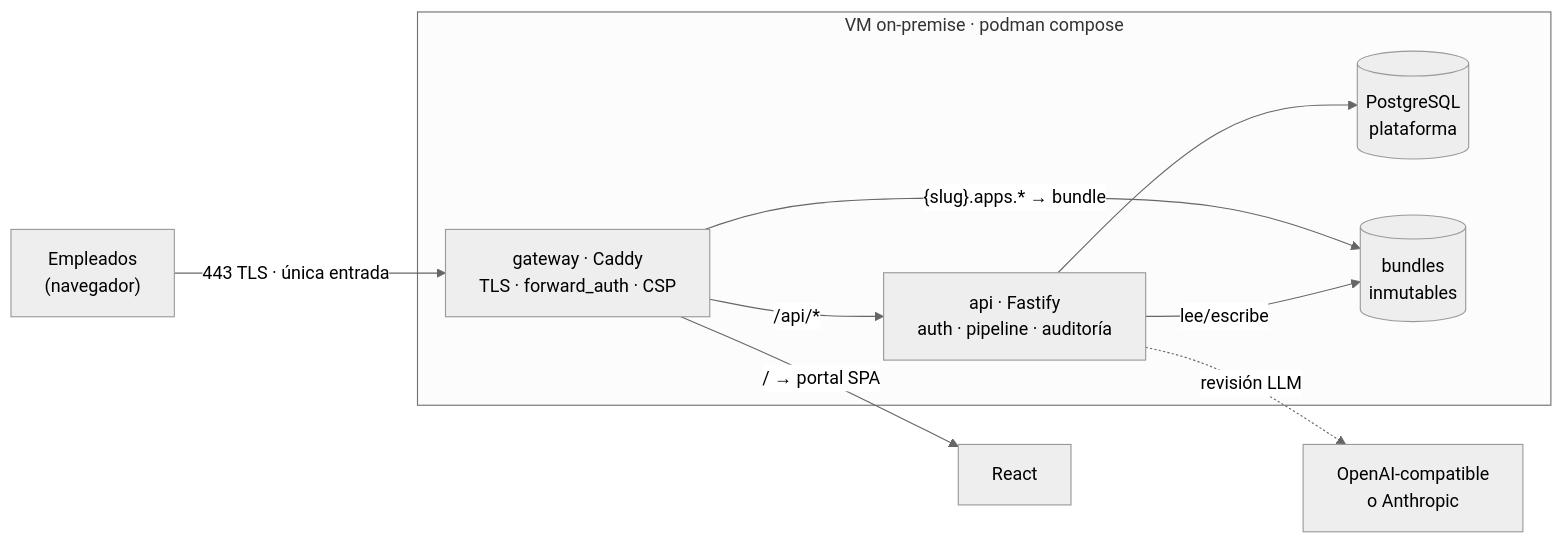
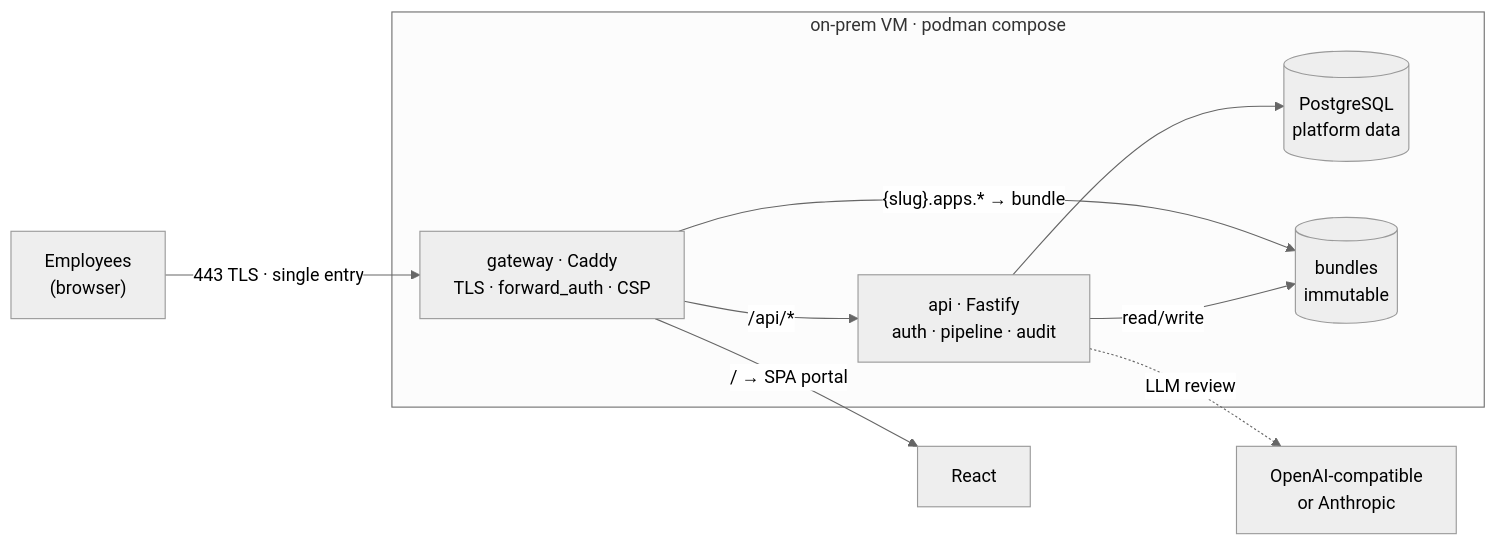
Before and after one commit to danoco78/vibecrafthub: the diagram in README.md, drawn with Mermaid (neutral theme). The commit also changed other lines of this file and 1 other file, not shown here.

````diff
--- a/README.md
+++ b/README.md
@@ -31,18 +32,18 @@
 ```mermaid
 flowchart LR
-    U["Empleados<br/>(navegador)"] -- "443 TLS · única entrada" --> GW
+    U["Employees<br/>(browser)"] -- "443 TLS · single entry" --> GW
 
-    subgraph VM["VM on-premise · podman compose"]
+    subgraph VM["on-prem VM · podman compose"]
         GW["gateway · Caddy<br/>TLS · forward_auth · CSP"]
-        API["api · Fastify<br/>auth · pipeline · auditoría"]
-        PG[("PostgreSQL<br/>plataforma")]
-        V1[("bundles<br/>inmutables")]
+        API["api · Fastify<br/>auth · pipeline · audit"]
+        PG[("PostgreSQL<br/>platform data")]
+        V1[("bundles<br/>immutable")]
     end
 
-    GW -- "/ → portal SPA" --> PT["React"]
+    GW -- "/ → SPA portal" --> PT["React"]
     GW -- "{slug}.apps.* → bundle" --> V1
     GW -- "/api/*" --> API
     API --> PG
-    API -- "lee/escribe" --> V1
-    API -. "revisión LLM" .-> LLM["OpenAI-compatible<br/>o Anthropic"]
+    API -- "read/write" --> V1
+    API -. "LLM review" .-> LLM["OpenAI-compatible<br/>or Anthropic"]
 ```
````
